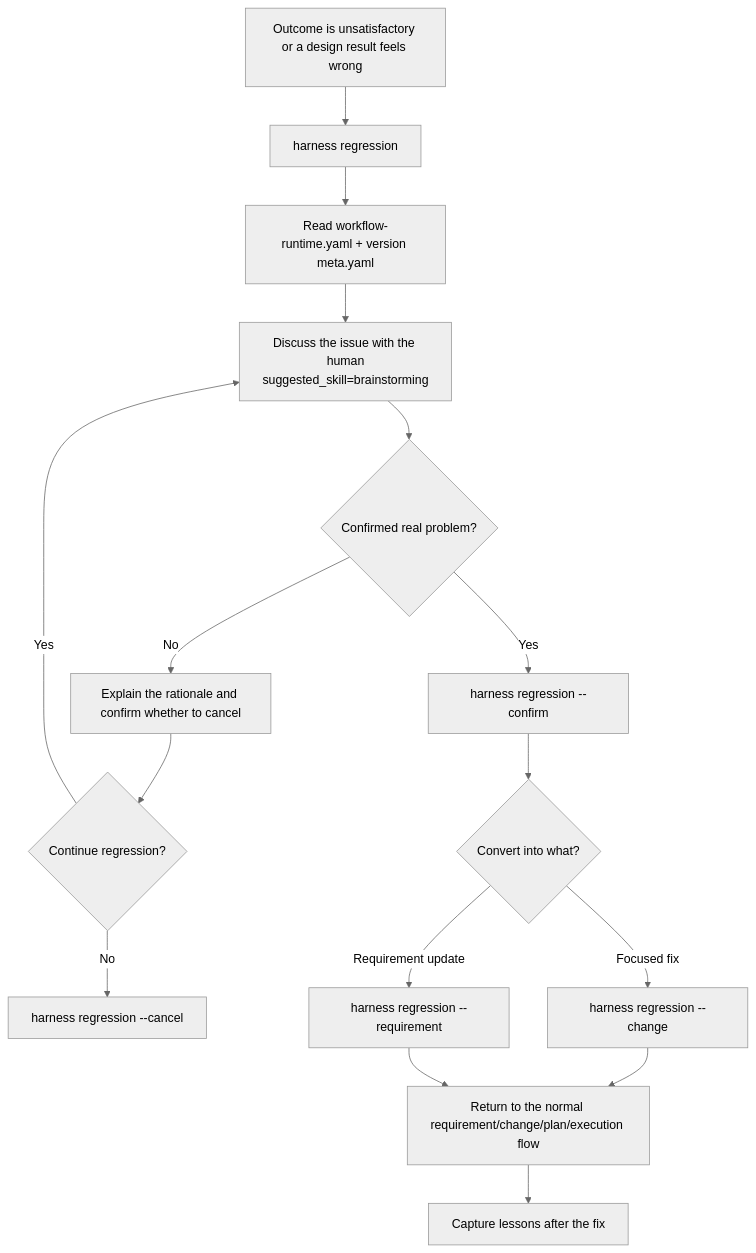
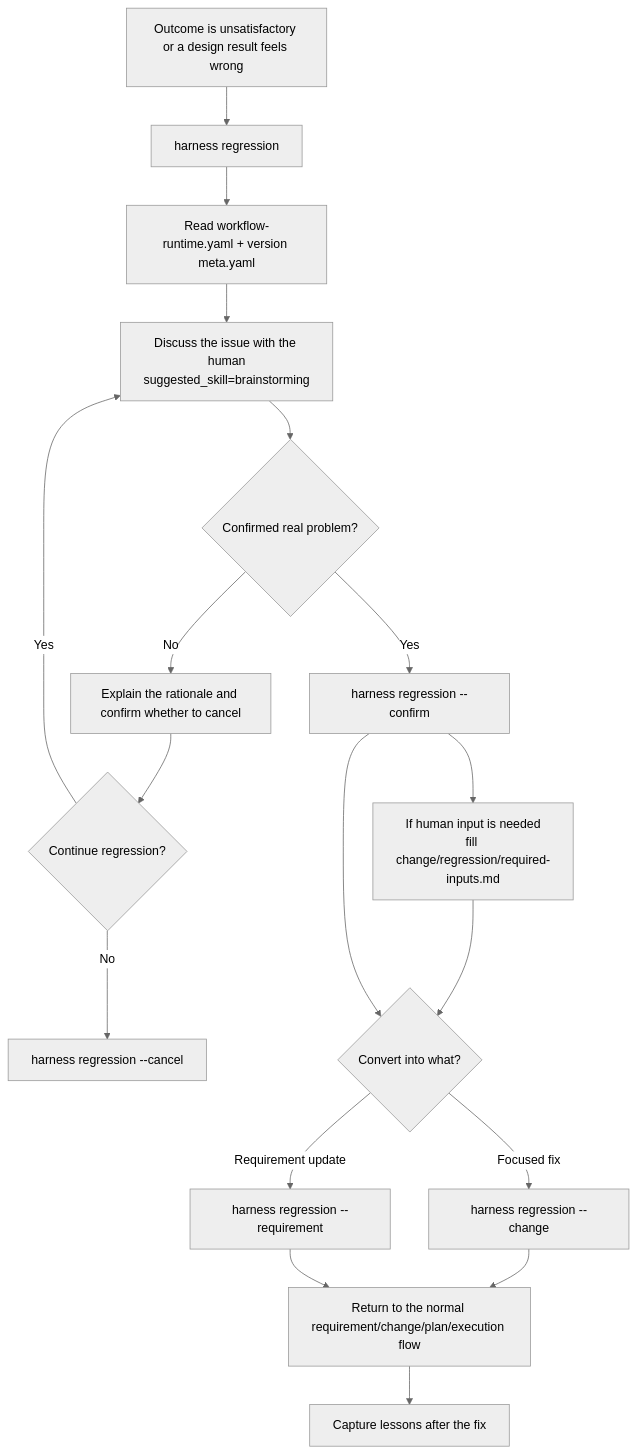
One commit to togally/harness-workflow changed the fourth of 4 diagrams in README.md. Above: the diagram before and after it, drawn with Mermaid (neutral theme). The commit also changed other lines of this file and 25 other files, not shown here.

````diff
--- a/README.md
+++ b/README.md
@@ -565,18 +601,20 @@
 ```mermaid
 flowchart TD
     A["Outcome is unsatisfactory or a design result feels wrong"] --> B["harness regression <issue>"]
     B --> C["Read workflow-runtime.yaml + version meta.yaml"]
     C --> D["Discuss the issue with the human<br/>suggested_skill=brainstorming"]
     D --> E{"Confirmed real problem?"}
     E -->|No| F["Explain the rationale and confirm whether to cancel"]
     F --> G{"Continue regression?"}
     G -->|No| H["harness regression --cancel"]
     G -->|Yes| D
     E -->|Yes| I["harness regression --confirm"]
+    I --> I2["If human input is needed<br/>fill change/regression/required-inputs.md"]
+    I2 --> J
     I --> J{"Convert into what?"}
     J -->|Focused fix| K["harness regression --change"]
     J -->|Requirement update| L["harness regression --requirement"]
     K --> M["Return to the normal requirement/change/plan/execution flow"]
     L --> M
     M --> N["Capture lessons after the fix"]
 ```
````
